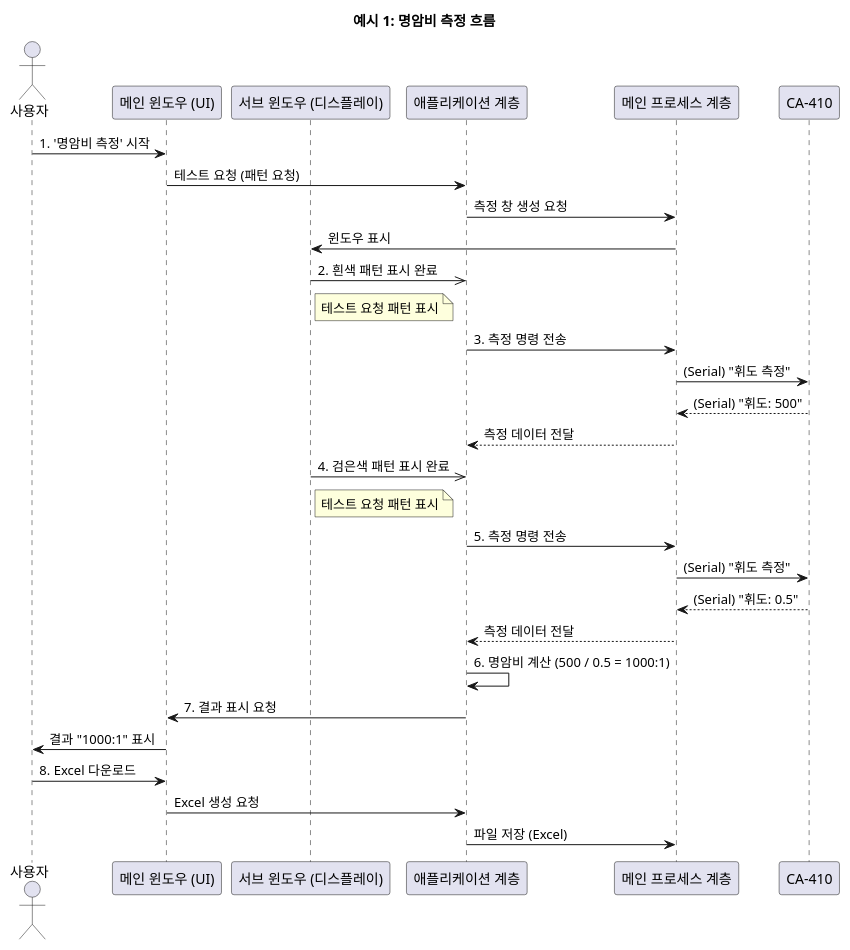
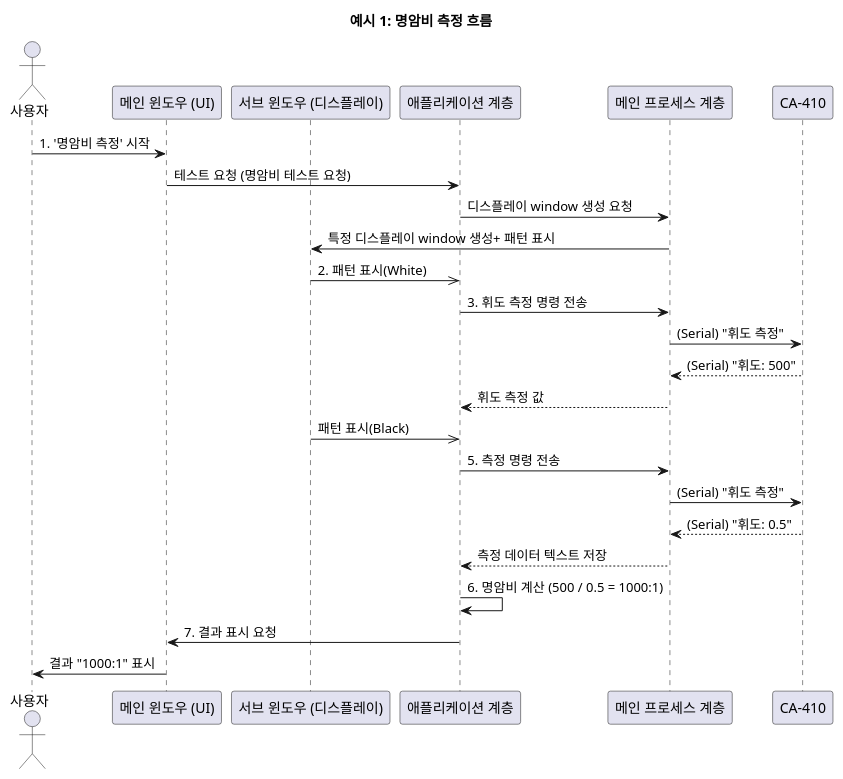
Before and after one commit to kyungsikjeung/DSPLYTEST: the first of 2 diagrams in README.md, drawn with PlantUML. The commit also changed other lines of this file and 4 other files, not shown here.

````diff
--- a/README.md
+++ b/README.md
@@ -64,41 +64,41 @@
 ```plantuml
 @startuml
 title 예시 1: 명암비 측정 흐름
 
 actor "사용자" as User
 participant "메인 윈도우 (UI)" as MainWindow
 participant "서브 윈도우 (디스플레이)" as SubWindow
 participant "애플리케이션 계층" as AppLayer
 participant "메인 프로세스 계층" as MainProcess
 participant "CA-410" as HW
 
 User -> MainWindow: 1. '명암비 측정' 시작
-MainWindow -> AppLayer: 테스트 요청 (패턴 요청)
-AppLayer -> MainProcess: 측정 창 생성 요청
-MainProcess -> SubWindow: 윈도우 표시
+MainWindow -> AppLayer: 테스트 요청 (명암비 테스트 요청)
+AppLayer -> MainProcess: 디스플레이 window 생성 요청 
+MainProcess -> SubWindow: 특정 디스플레이 window 생성+ 패턴 표시
 
-SubWindow ->> AppLayer: 2. 흰색 패턴 표시 완료
-note right of SubWindow: 테스트 요청 패턴 표시
+SubWindow ->> AppLayer: 2. 패턴 표시(White)
 
-AppLayer -> MainProcess: 3. 측정 명령 전송
+
+AppLayer -> MainProcess: 3. 휘도 측정 명령 전송
 MainProcess -> HW: (Serial) "휘도 측정"
 HW --> MainProcess: (Serial) "휘도: 500"
-MainProcess --> AppLayer: 측정 데이터 전달
+MainProcess --> AppLayer: 휘도 측정 값
 
-SubWindow ->> AppLayer: 4. 검은색 패턴 표시 완료
-note right of SubWindow: 테스트 요청 패턴 표시
+
+SubWindow ->> AppLayer: 패턴 표시(Black)
+
+
 
 AppLayer -> MainProcess: 5. 측정 명령 전송
 MainProcess -> HW: (Serial) "휘도 측정"
 HW --> MainProcess: (Serial) "휘도: 0.5"
-MainProcess --> AppLayer: 측정 데이터 전달
+MainProcess --> AppLayer: 측정 데이터 텍스트 저장
 
 AppLayer -> AppLayer: 6. 명암비 계산 (500 / 0.5 = 1000:1)
 AppLayer -> MainWindow: 7. 결과 표시 요청
 MainWindow -> User: 결과 "1000:1" 표시
 
-User -> MainWindow: 8. Excel 다운로드
-MainWindow -> AppLayer: Excel 생성 요청
-AppLayer -> MainProcess: 파일 저장 (Excel)
+
 @enduml
 ```
````
